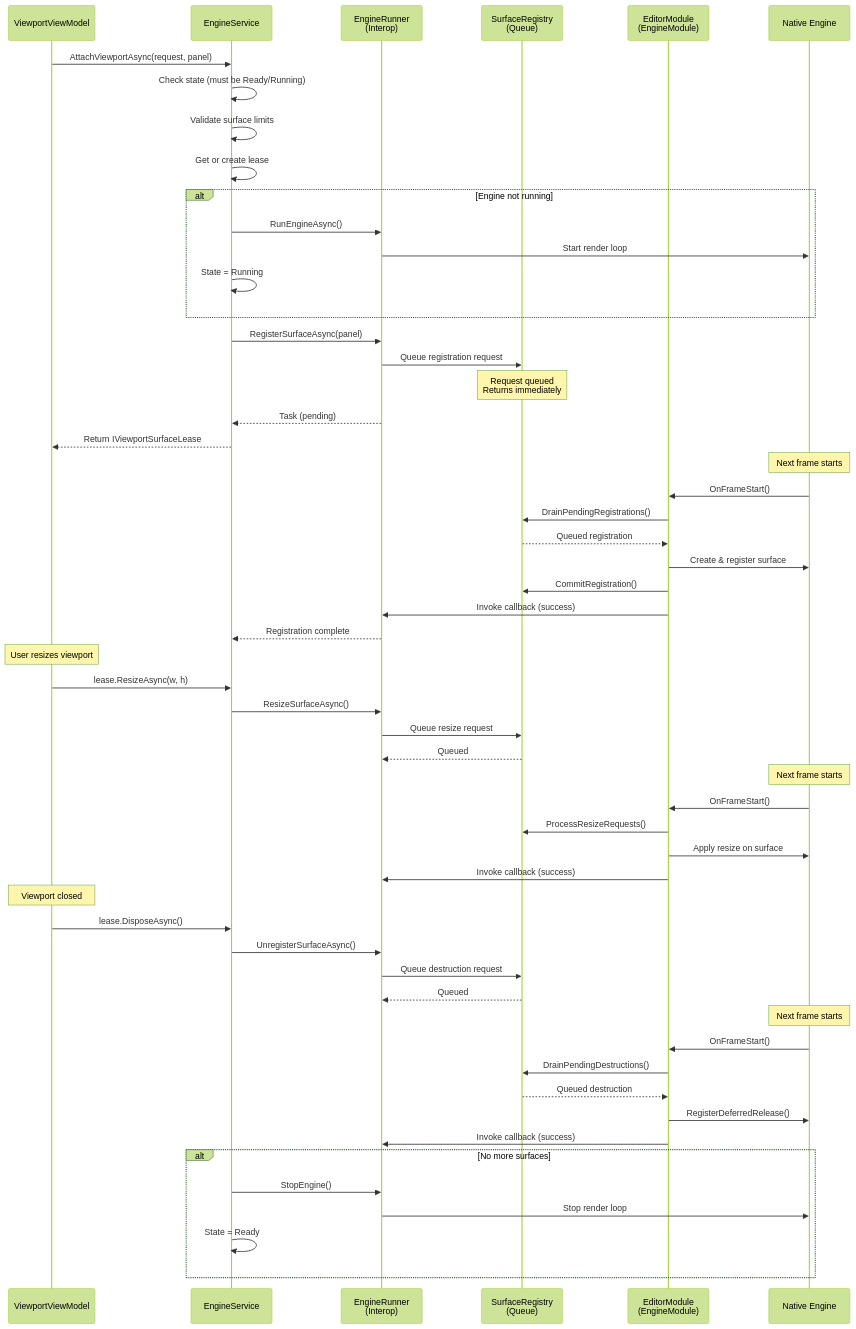
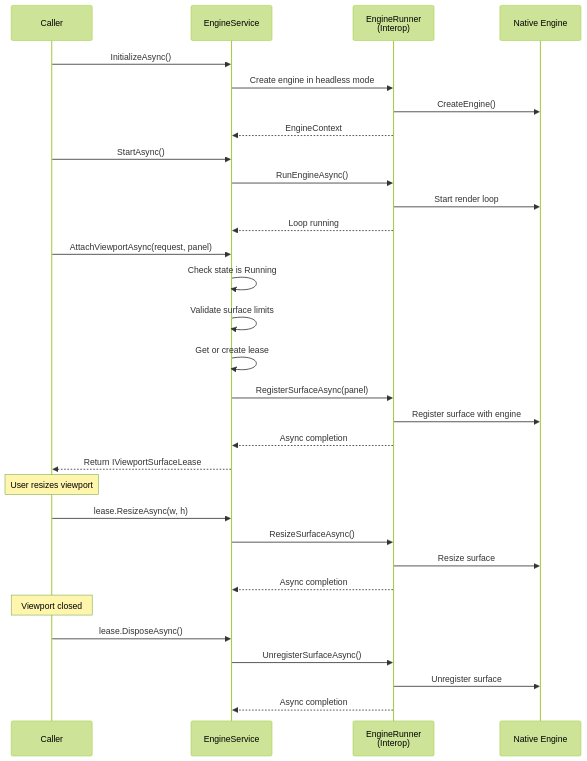
Before and after one commit to abdes/DroidNet: the fourth of 5 diagrams in projects/Oxygen.Editor.Runtime/README.md, drawn with Mermaid (forest theme). The commit also changed other lines of this file and 15 other files, not shown here.

````diff
--- a/projects/Oxygen.Editor.Runtime/README.md
+++ b/projects/Oxygen.Editor.Runtime/README.md
@@ -150,67 +165,39 @@
 ```mermaid
 sequenceDiagram
-    participant VM as ViewportViewModel
+    participant Caller as Caller
     participant ES as EngineService
     participant ER as EngineRunner<br/>(Interop)
-    participant SR as SurfaceRegistry<br/>(Queue)
-    participant EM as EditorModule<br/>(EngineModule)
     participant ENG as Native Engine
 
-    VM->>ES: AttachViewportAsync(request, panel)
+    Caller->>ES: InitializeAsync()
+    ES->>ER: Create engine in headless mode
+    ER->>ENG: CreateEngine()
+    ER-->>ES: EngineContext
 
-    ES->>ES: Check state (must be Ready/Running)
+    Caller->>ES: StartAsync()
+    ES->>ER: RunEngineAsync()
+    ER->>ENG: Start render loop
+    ER-->>ES: Loop running
+
+    Caller->>ES: AttachViewportAsync(request, panel)
+    ES->>ES: Check state is Running
     ES->>ES: Validate surface limits
     ES->>ES: Get or create lease
 
-    alt Engine not running
-        ES->>ER: RunEngineAsync()
-        ER->>ENG: Start render loop
-        ES->>ES: State = Running
-    end
+    ES->>ER: RegisterSurfaceAsync(panel)
+    ER->>ENG: Register surface with engine
+    ER-->>ES: Async completion
+    ES-->>Caller: Return IViewportSurfaceLease
 
-    ES->>ER: RegisterSurfaceAsync(panel)
-    ER->>SR: Queue registration request
-    Note over SR: Request queued<br/>Returns immediately
-    ER-->>ES: Task (pending)
-    ES-->>VM: Return IViewportSurfaceLease
+    Note over Caller: User resizes viewport
+    Caller->>ES: lease.ResizeAsync(w, h)
+    ES->>ER: ResizeSurfaceAsync()
+    ER->>ENG: Resize surface
+    ER-->>ES: Async completion
 
-    Note over ENG: Next frame starts
-    ENG->>EM: OnFrameStart()
-    EM->>SR: DrainPendingRegistrations()
-    SR-->>EM: Queued registration
-    EM->>ENG: Create & register surface
-    EM->>SR: CommitRegistration()
-    EM->>ER: Invoke callback (success)
-    ER-->>ES: Registration complete
-
-    Note over VM: User resizes viewport
-    VM->>ES: lease.ResizeAsync(w, h)
-    ES->>ER: ResizeSurfaceAsync()
-    ER->>SR: Queue resize request
-    SR-->>ER: Queued
-
-    Note over ENG: Next frame starts
-    ENG->>EM: OnFrameStart()
-    EM->>SR: ProcessResizeRequests()
-    EM->>ENG: Apply resize on surface
-    EM->>ER: Invoke callback (success)
-
-    Note over VM: Viewport closed
-    VM->>ES: lease.DisposeAsync()
+    Note over Caller: Viewport closed
+    Caller->>ES: lease.DisposeAsync()
     ES->>ER: UnregisterSurfaceAsync()
-    ER->>SR: Queue destruction request
-    SR-->>ER: Queued
-
-    Note over ENG: Next frame starts
-    ENG->>EM: OnFrameStart()
-    EM->>SR: DrainPendingDestructions()
-    SR-->>EM: Queued destruction
-    EM->>ENG: RegisterDeferredRelease()
-    EM->>ER: Invoke callback (success)
-
-    alt No more surfaces
-        ES->>ER: StopEngine()
-        ER->>ENG: Stop render loop
-        ES->>ES: State = Ready
-    end
+    ER->>ENG: Unregister surface
+    ER-->>ES: Async completion
 ```
````
